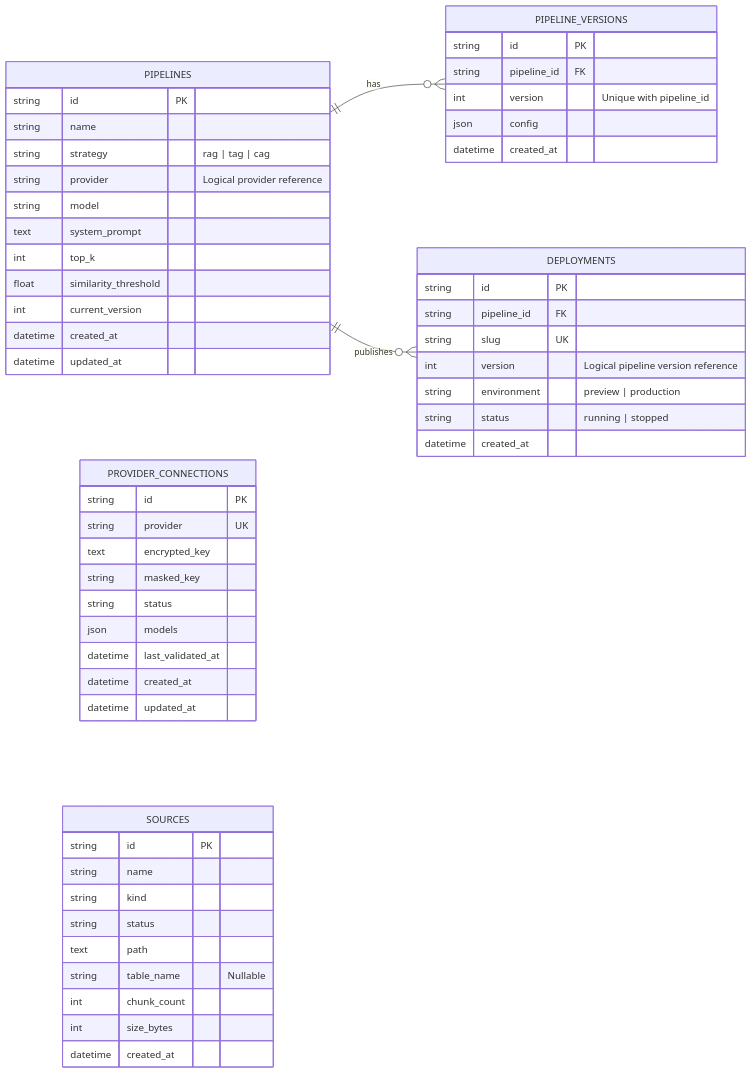
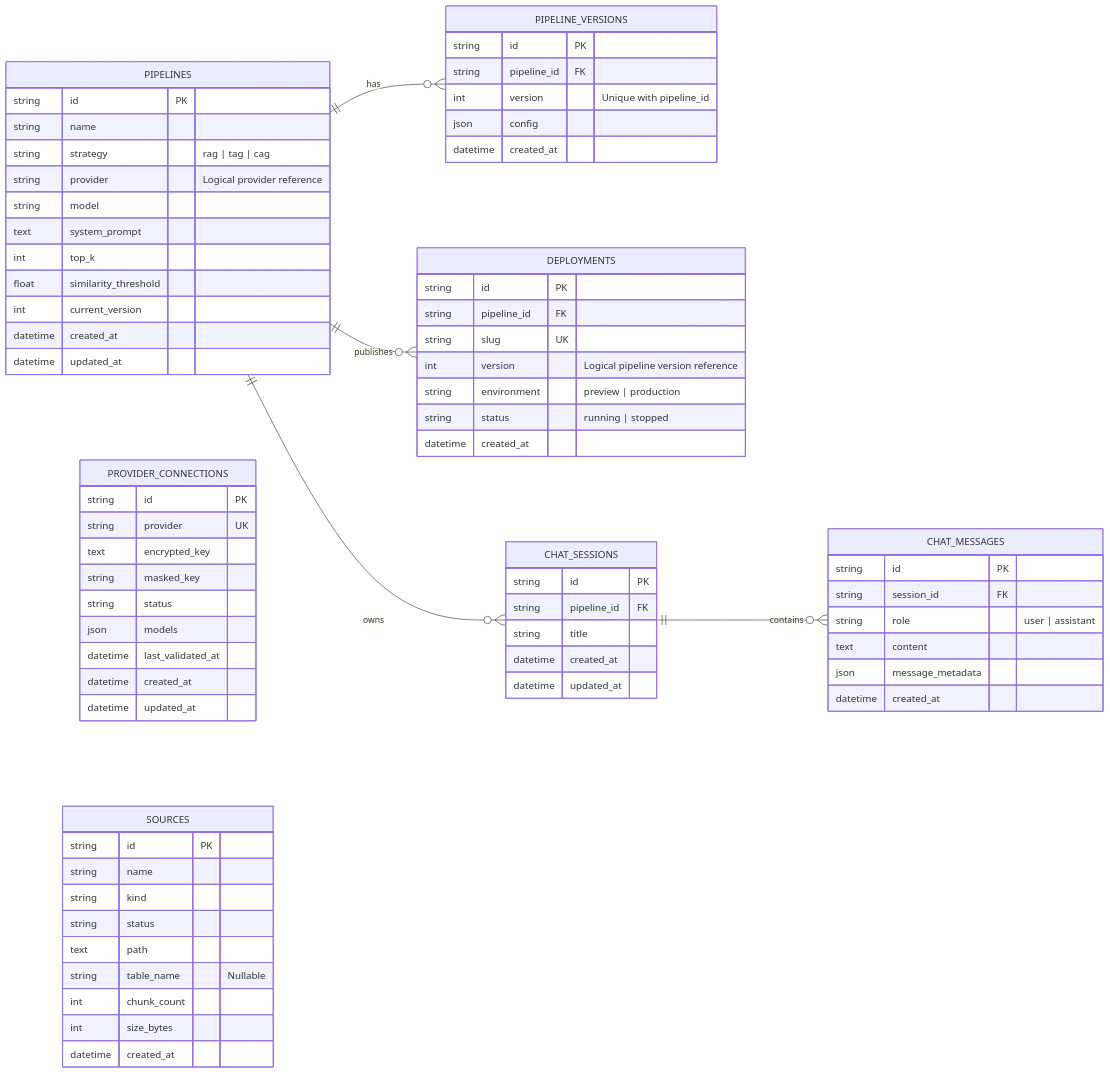
Before and after one commit to grant0808/RAG_Platform: the diagram in ERD.md, drawn with Mermaid. The commit also changed other lines of this file and 18 other files, not shown here.

Commit message:
Build: chat session 생성, 삭제

````diff
--- a/ERD.md
+++ b/ERD.md
@@ -8,63 +8,82 @@
 ```mermaid
 erDiagram
     direction LR
 
     PIPELINES ||--o{ PIPELINE_VERSIONS : has
     PIPELINES ||--o{ DEPLOYMENTS : publishes
+    PIPELINES ||--o{ CHAT_SESSIONS : owns
+    CHAT_SESSIONS ||--o{ CHAT_MESSAGES : contains
 
     PROVIDER_CONNECTIONS {
         string id PK
         string provider UK
         text encrypted_key
         string masked_key
         string status
         json models
         datetime last_validated_at
         datetime created_at
         datetime updated_at
     }
 
     SOURCES {
         string id PK
         string name
         string kind
         string status
         text path
         string table_name "Nullable"
         int chunk_count
         int size_bytes
         datetime created_at
     }
 
     PIPELINES {
         string id PK
         string name
         string strategy "rag | tag | cag"
         string provider "Logical provider reference"
         string model
         text system_prompt
         int top_k
         float similarity_threshold
         int current_version
         datetime created_at
         datetime updated_at
     }
 
     PIPELINE_VERSIONS {
         string id PK
         string pipeline_id FK
         int version "Unique with pipeline_id"
         json config
         datetime created_at
     }
 
     DEPLOYMENTS {
         string id PK
         string pipeline_id FK
         string slug UK
         int version "Logical pipeline version reference"
         string environment "preview | production"
         string status "running | stopped"
         datetime created_at
     }
+
+    CHAT_SESSIONS {
+        string id PK
+        string pipeline_id FK
+        string title
+        datetime created_at
+        datetime updated_at
+    }
+
+    CHAT_MESSAGES {
+        string id PK
+        string session_id FK
+        string role "user | assistant"
+        text content
+        json message_metadata
+        datetime created_at
+    }
 ```
````
